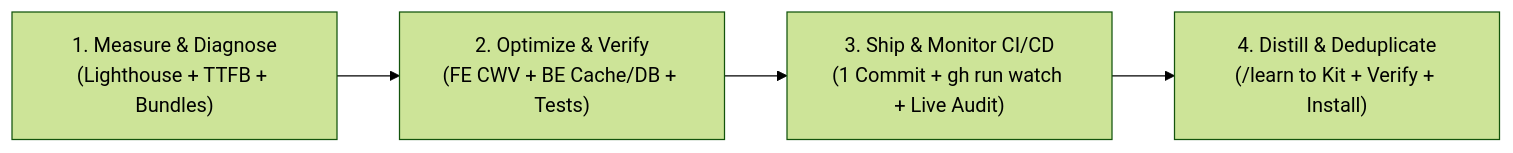
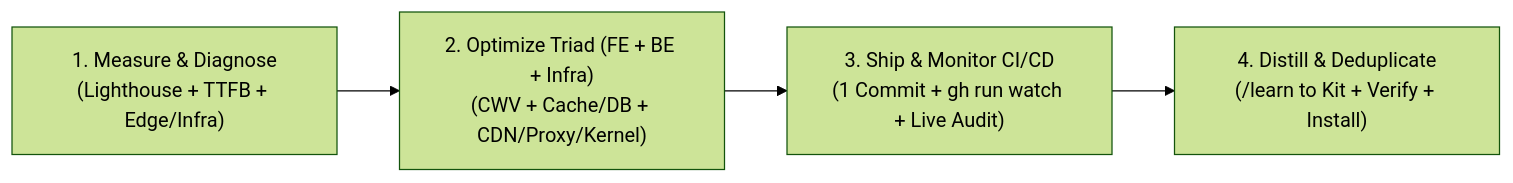
One commit to khanhduong22/agent-harness-kit changed the diagram in skills/op-goal/SKILL.md. Above: the diagram before and after it, drawn with Mermaid (forest theme). The commit also changed other lines of this file and 5 other files, not shown here.

Commit message:
feat(skills): add infra-performance-optimization skill and wire into /op-goal triad

````diff
--- a/skills/op-goal/SKILL.md
+++ b/skills/op-goal/SKILL.md
@@ -10,6 +10,6 @@
 ```mermaid
 flowchart LR
-    A["1. Measure & Diagnose<br/>(Lighthouse + TTFB + Bundles)"] --> B["2. Optimize & Verify<br/>(FE CWV + BE Cache/DB + Tests)"]
+    A["1. Measure & Diagnose<br/>(Lighthouse + TTFB + Edge/Infra)"] --> B["2. Optimize Triad (FE + BE + Infra)<br/>(CWV + Cache/DB + CDN/Proxy/Kernel)"]
     B --> C["3. Ship & Monitor CI/CD<br/>(1 Commit + gh run watch + Live Audit)"]
     C --> D["4. Distill & Deduplicate<br/>(/learn to Kit + Verify + Install)"]
 ```
````
